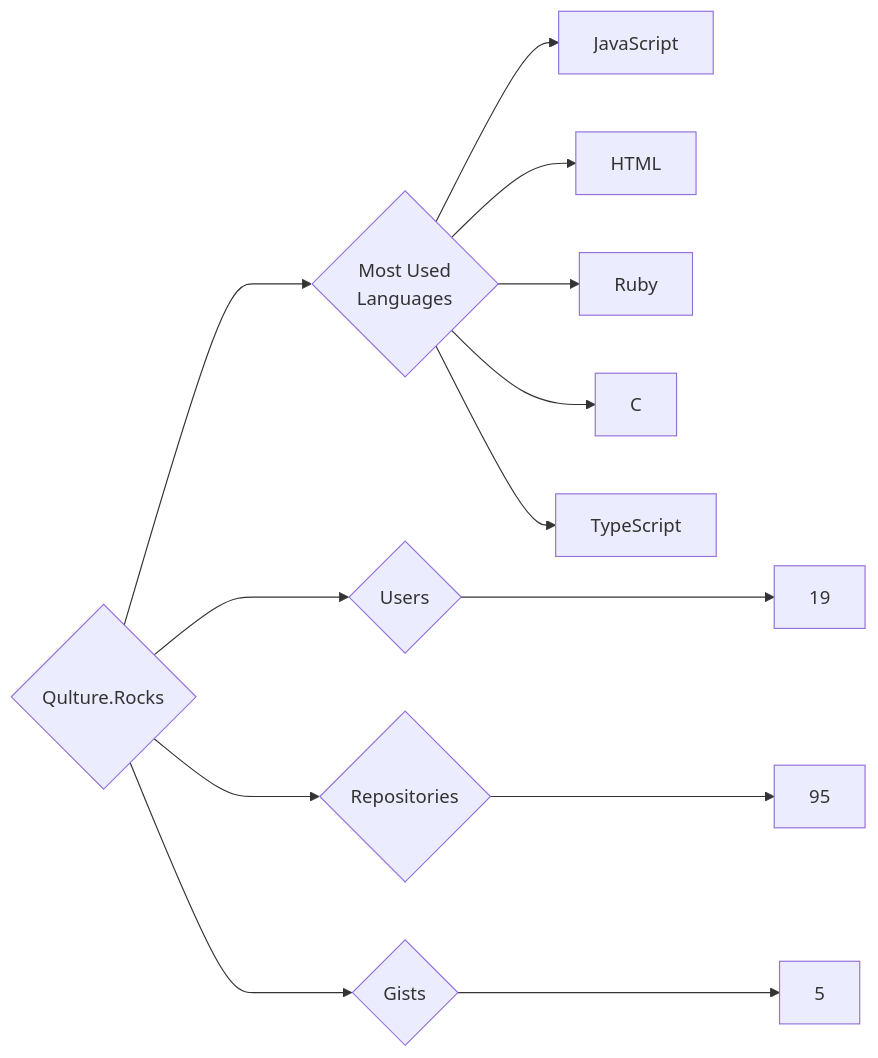
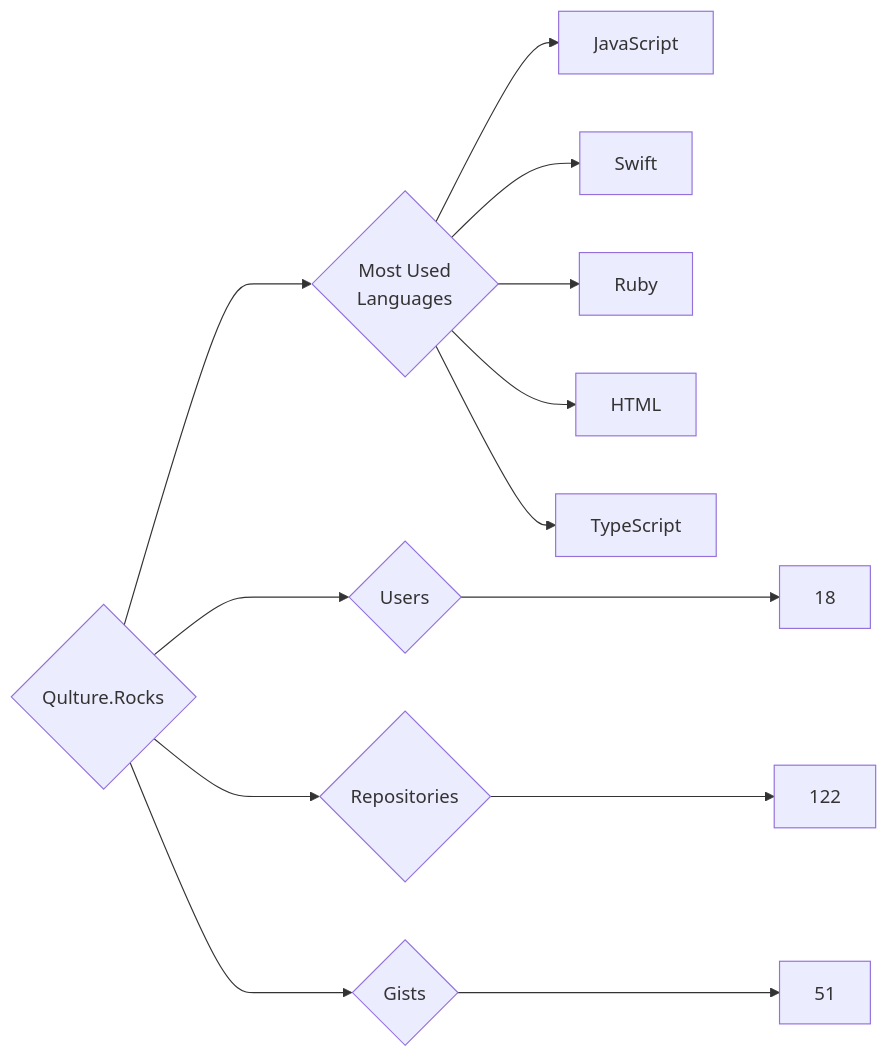
One commit to trickest/insiders changed the diagram in targets/Qulture.Rocks/README.md. Above: the diagram before and after it, drawn with Mermaid. The commit also changed 870 other files, not shown here.

````diff
--- a/targets/Qulture.Rocks/README.md
+++ b/targets/Qulture.Rocks/README.md
@@ -3,13 +3,13 @@
 ```mermaid
 graph LR
 COMPANY_NAME{Qulture.Rocks}
-COMPANY_NAME ---> U{Users} ---> UN[19]
-COMPANY_NAME ---> R{Repositories} ---> RN[95]
-COMPANY_NAME ---> G{Gists} ---> GN[5]
+COMPANY_NAME ---> U{Users} ---> UN[18]
+COMPANY_NAME ---> R{Repositories} ---> RN[122]
+COMPANY_NAME ---> G{Gists} ---> GN[51]
 COMPANY_NAME ---> ML{Most Used<br>Languages}
 ML --> JavaScript[JavaScript]
+ML --> Swift[Swift]
+ML --> Ruby[Ruby]
 ML --> HTML[HTML]
-ML --> Ruby[Ruby]
-ML --> C[C]
 ML --> TypeScript[TypeScript]
 ```
````
